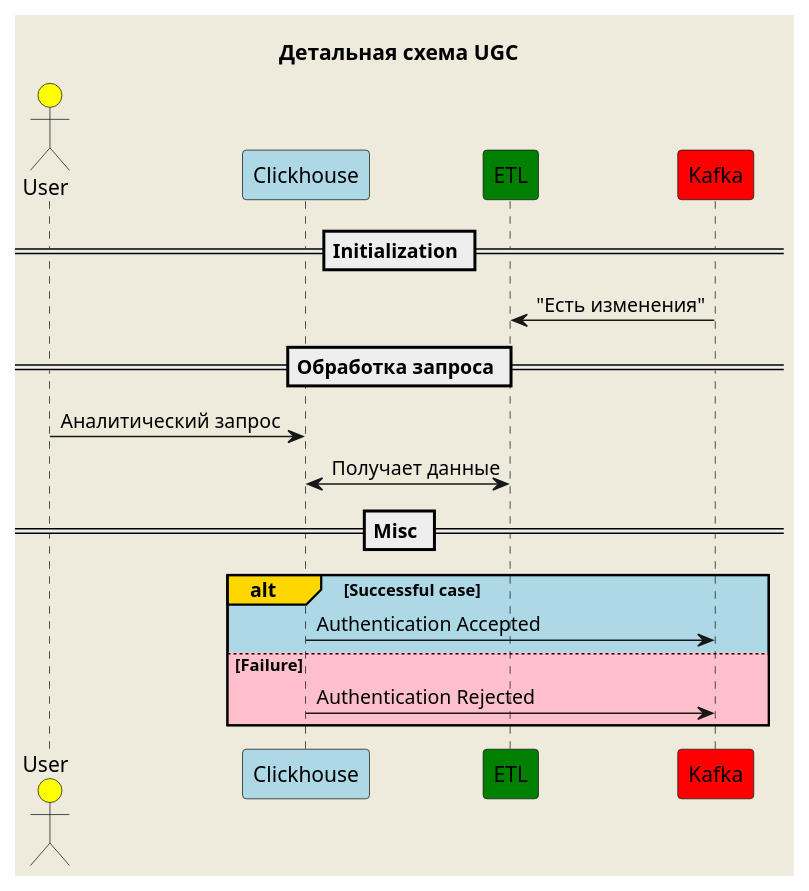
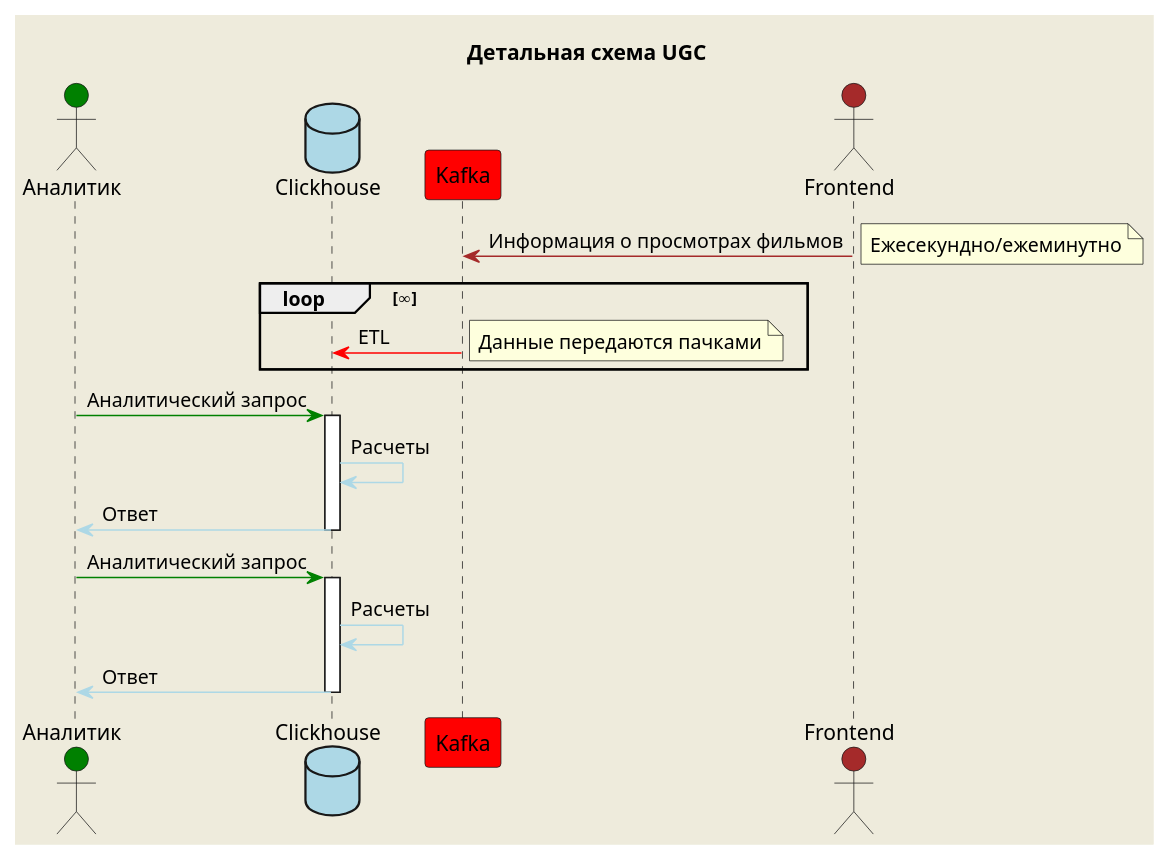
The diagram in uml/ugc_detailed.plantuml (IAmIrina/ugc), drawn with PlantUML before and after one commit.

Commit message:
add elements to ugc_detailed

```diff
--- a/uml/ugc_detailed.plantuml
+++ b/uml/ugc_detailed.plantuml
@@ -1,32 +1,35 @@
 @startuml
 skinparam componentStyle uml2
 skinparam backgroundColor #EEEBDC
 skinparam responseMessageBelowArrow true
 
 title Детальная схема UGC 
 
 ' Участники
-actor User #Yellow
-participant Clickhouse #Lightblue
-participant ETL #Green
+actor "Аналитик" as User #Green
+database Clickhouse #Lightblue
 participant Kafka #Red
+actor Frontend #Brown
 
 ' Взаимодействия
-== Initialization ==
-Kafka -> ETL: "Есть изменения"
-
-== Обработка запроса ==
-User -> Clickhouse: Аналитический запрос
-Clickhouse <-> ETL: Получает данные
-
-== Misc ==
-
-alt#Gold #LightBlue Successful case
-    Clickhouse -> Kafka: Authentication Accepted
-else #Pink Failure
-    Clickhouse -> Kafka: Authentication Rejected
+Frontend -[#brown]> Kafka: Информация о просмотрах фильмов
+note right: Ежесекундно/ежеминутно
+loop ∞
+Kafka -[#red]> Clickhouse: ETL
+note right: Данные передаются пачками
 end
 
 
+User -[#green]> Clickhouse: Аналитический запрос
+activate Clickhouse
+Clickhouse -[#lightblue]> Clickhouse: Расчеты
+Clickhouse -[#lightblue]> User: Ответ
+deactivate Clickhouse
+
+User -[#green]> Clickhouse: Аналитический запрос
+activate Clickhouse
+Clickhouse -[#lightblue]> Clickhouse: Расчеты
+Clickhouse -[#lightblue]> User: Ответ
+deactivate Clickhouse
 
 @enduml
```
